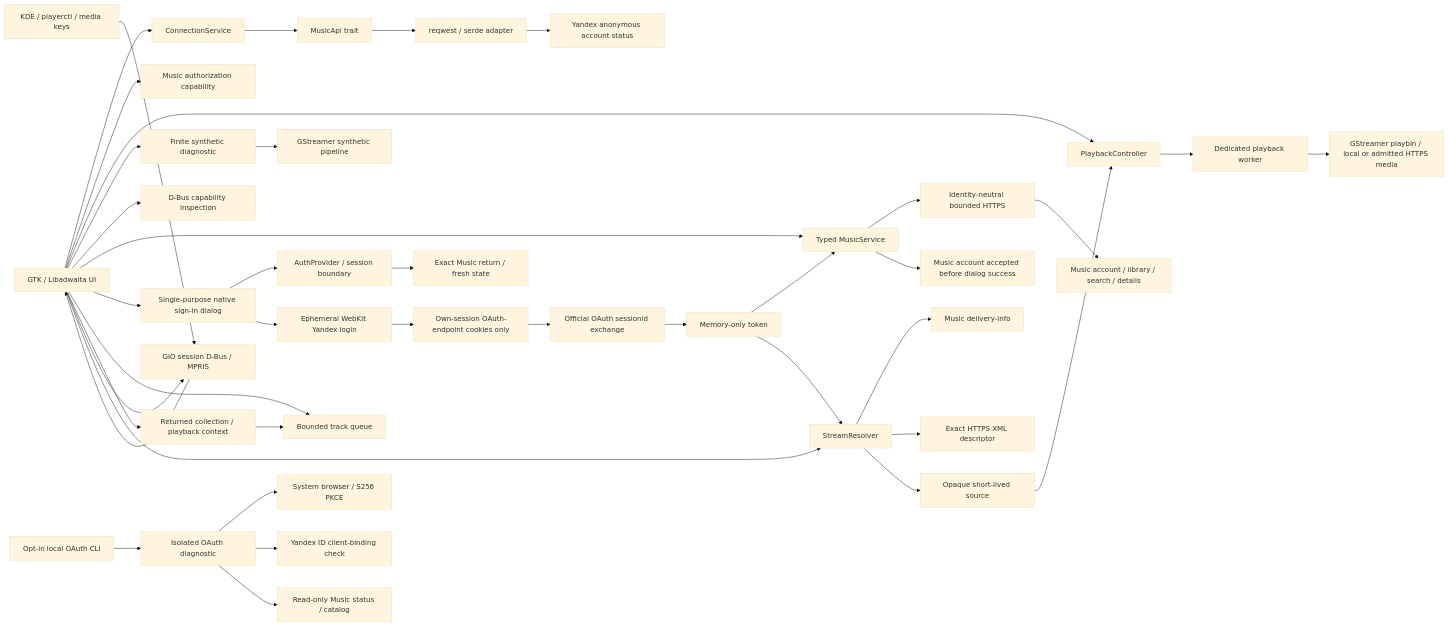
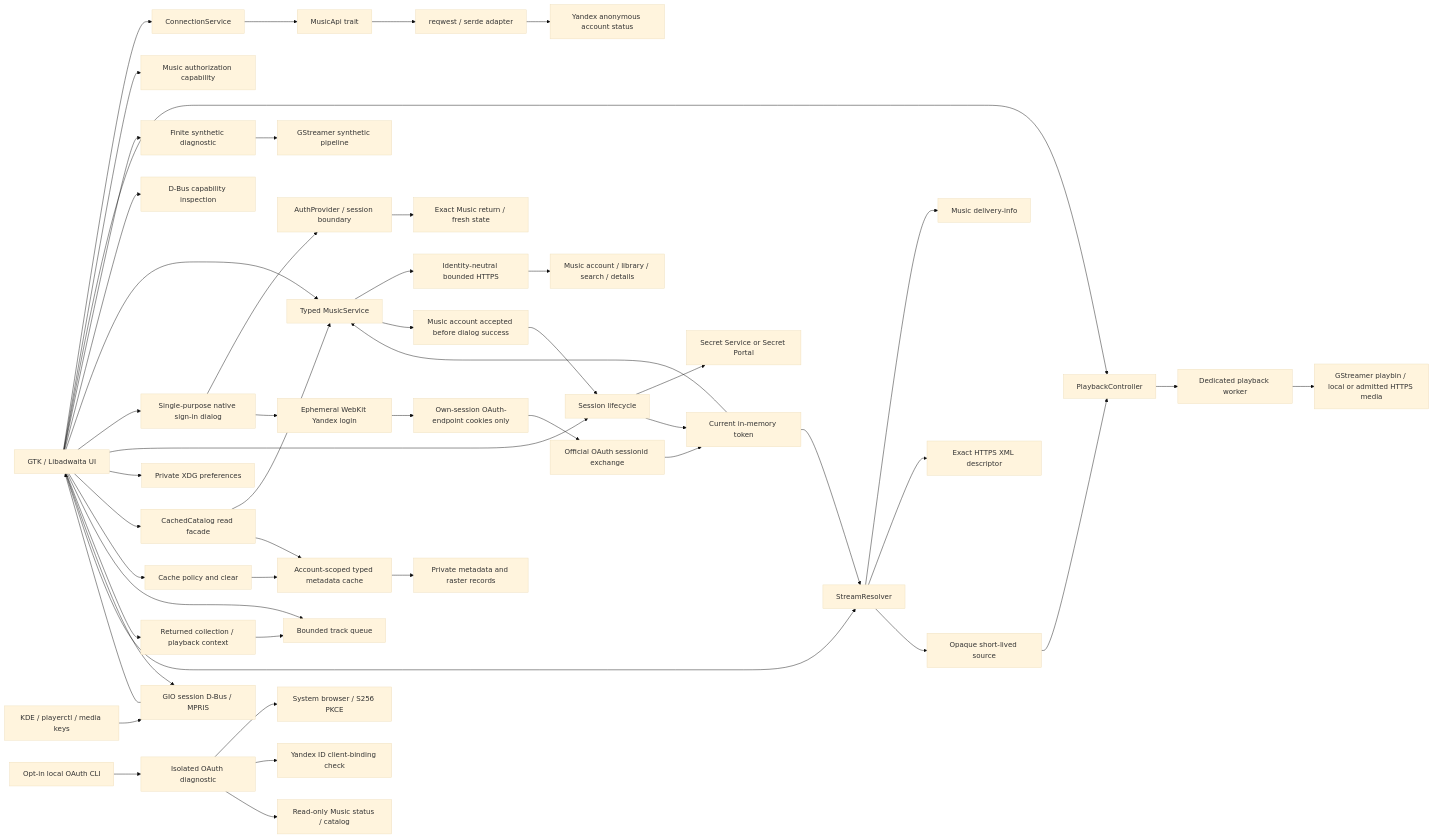
Before and after one commit to tracerxbrhd/karin: the diagram in docs/ARCHITECTURE.md, drawn with Mermaid (base theme). The commit also changed other lines of this file and 97 other files, not shown here.

````diff
--- a/docs/ARCHITECTURE.md
+++ b/docs/ARCHITECTURE.md
@@ -12,42 +21,53 @@
 ```mermaid
 flowchart LR
   UI[GTK / Libadwaita UI] --> Service[ConnectionService]
   Service --> Boundary[MusicApi trait]
   Boundary --> API[reqwest / serde adapter]
   API --> Remote[Yandex anonymous account status]
   UI --> Capability[Music authorization capability]
   UI --> Player[PlaybackController]
   Player --> Worker[Dedicated playback worker]
   Worker --> Playbin[GStreamer playbin / local or admitted HTTPS media]
   UI --> Audio[Finite synthetic diagnostic]
   Audio --> GST[GStreamer synthetic pipeline]
   UI --> Platform[D-Bus capability inspection]
   UI --> MusicService[Typed MusicService]
   MusicService --> MusicHTTP[Identity-neutral bounded HTTPS]
   MusicHTTP --> MusicREST[Music account / library / search / details]
   UI --> Login[Single-purpose native sign-in dialog]
   Login --> Auth[AuthProvider / session boundary]
   Login --> WebKit[Ephemeral WebKit Yandex login]
   Auth --> Return[Exact Music return / fresh state]
   WebKit --> Cookies[Own-session OAuth-endpoint cookies only]
   Cookies --> Grant[Official OAuth sessionid exchange]
-  Grant --> Session[Memory-only token]
+  Grant --> Session[Current in-memory token]
   Session --> MusicService
+  UI --> Lifecycle[Session lifecycle]
+  Lifecycle --> Secure[Secret Service or Secret Portal]
+  Lifecycle --> Session
+  Validation --> Lifecycle
+  UI --> Settings[Private XDG preferences]
+  UI --> CatalogCache[CachedCatalog read facade]
+  CatalogCache --> MusicService
+  CatalogCache --> Cache[Account-scoped typed metadata cache]
+  UI --> CachePolicy[Cache policy and clear]
+  CachePolicy --> Cache
+  Cache --> Disk[Private metadata and raster records]
   MusicService --> Validation[Music account accepted before dialog success]
   UI --> Queue[Bounded track queue]
   UI --> Context[Returned collection / playback context]
   Context --> Queue
   Desktop[KDE / playerctl / media keys] --> MPRIS[GIO session D-Bus / MPRIS]
   MPRIS --> UI
   UI --> MPRIS
   UI --> Resolver[StreamResolver]
   Session --> Resolver
   Resolver --> Offers[Music delivery-info]
   Resolver --> Descriptor[Exact HTTPS XML descriptor]
   Resolver --> Source[Opaque short-lived source]
   Source --> Player
   CLI[Opt-in local OAuth CLI] --> OAuth[Isolated OAuth diagnostic]
   OAuth --> Browser[System browser / S256 PKCE]
   OAuth --> ID[Yandex ID client-binding check]
   OAuth --> Music[Read-only Music status / catalog]
 ```
````
